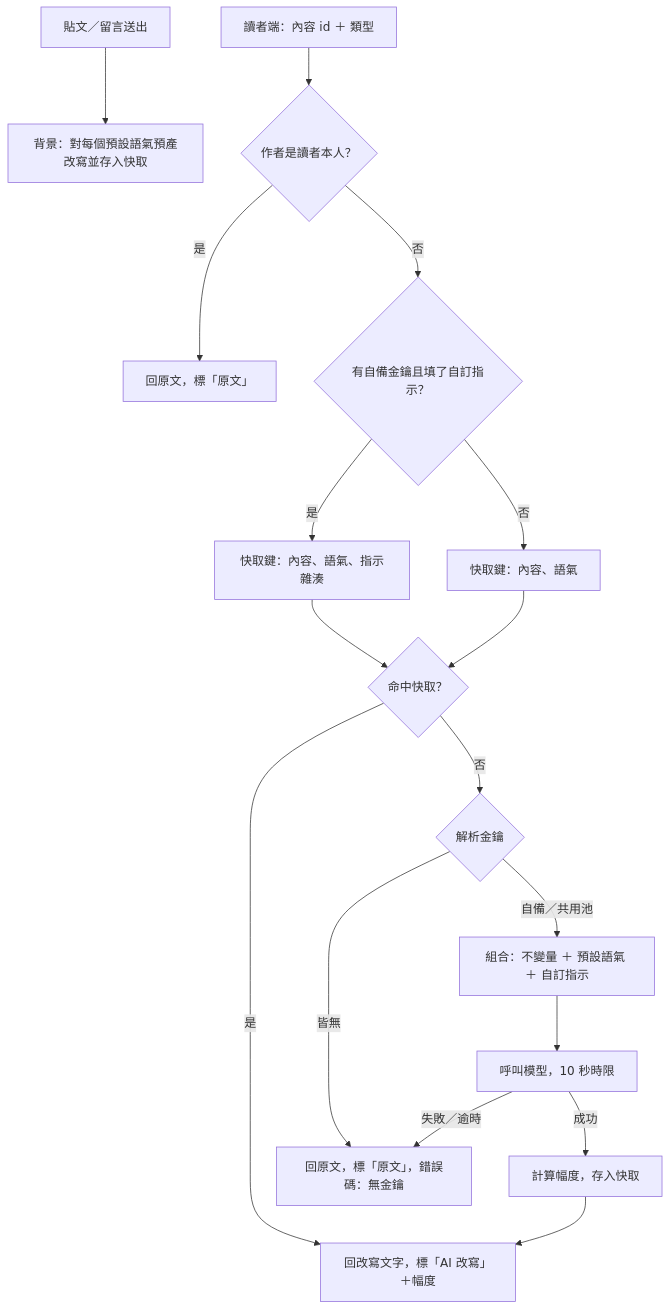
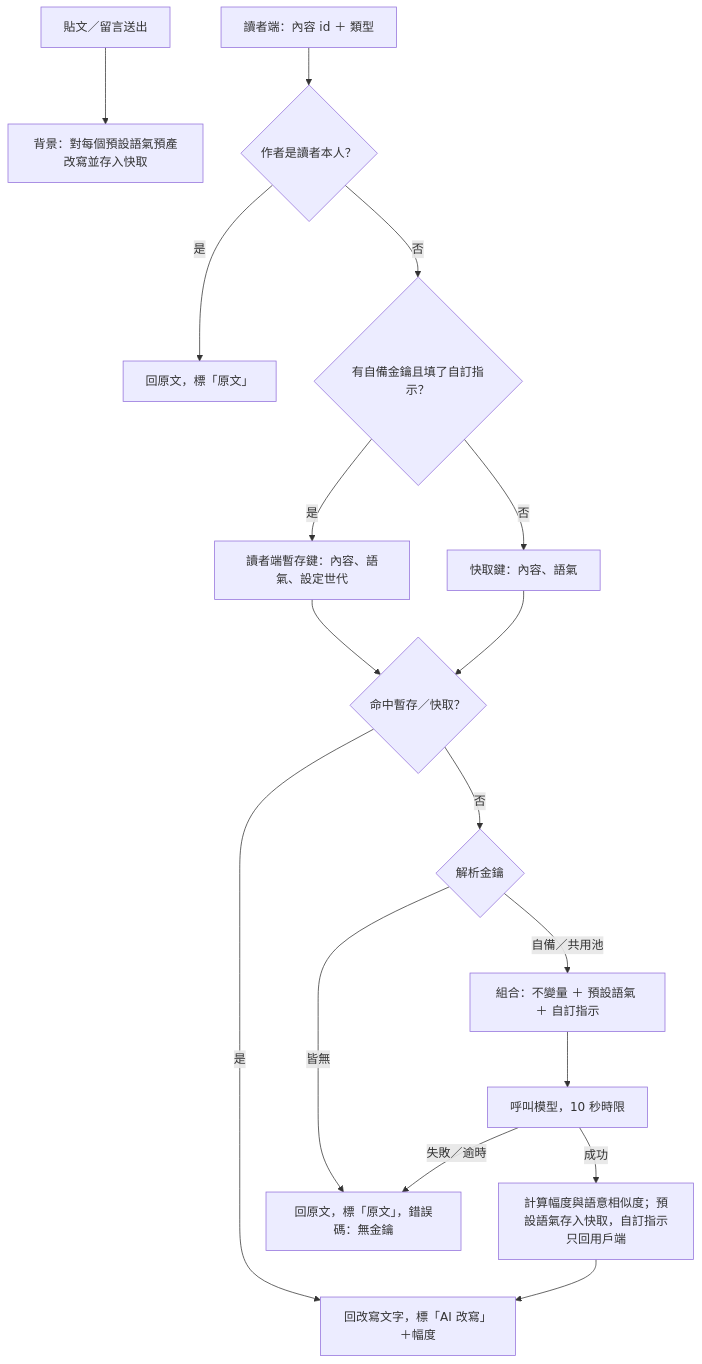
Before and after one commit to yeeway0609/ai-social: the diagram in backlog/docs/ai-social/doc-002 - 語氣改寫引擎-PRD.md, drawn with Mermaid. The commit also changed other lines of this file and 34 other files, not shown here.

````diff
--- a/backlog/docs/ai-social/doc-002 - 語氣改寫引擎-PRD.md
+++ b/backlog/docs/ai-social/doc-002 - 語氣改寫引擎-PRD.md
@@ -82,18 +90,18 @@
 ```mermaid
 flowchart TD
   W[貼文／留言送出] --> P[背景：對每個預設語氣預產改寫並存入快取]
   A[讀者端：內容 id ＋ 類型] --> B{作者是讀者本人？}
   B -- 是 --> Z[回原文，標「原文」]
   B -- 否 --> D{有自備金鑰且填了自訂指示？}
-  D -- 是 --> E[快取鍵：內容、語氣、指示雜湊]
+  D -- 是 --> E[讀者端暫存鍵：內容、語氣、設定世代]
   D -- 否 --> F[快取鍵：內容、語氣]
-  E --> G{命中快取？}
+  E --> G{命中暫存／快取？}
   F --> G
   G -- 是 --> H[回改寫文字，標「AI 改寫」＋幅度]
   G -- 否 --> I{解析金鑰}
   I -- 皆無 --> Y[回原文，標「原文」，錯誤碼：無金鑰]
   I -- 自備／共用池 --> J[組合：不變量 ＋ 預設語氣 ＋ 自訂指示]
   J --> K[呼叫模型，10 秒時限]
   K -- 失敗／逾時 --> Y
-  K -- 成功 --> L[計算幅度，存入快取] --> H
+  K -- 成功 --> L[計算幅度與語意相似度；預設語氣存入快取，自訂指示只回用戶端] --> H
 ```
````
